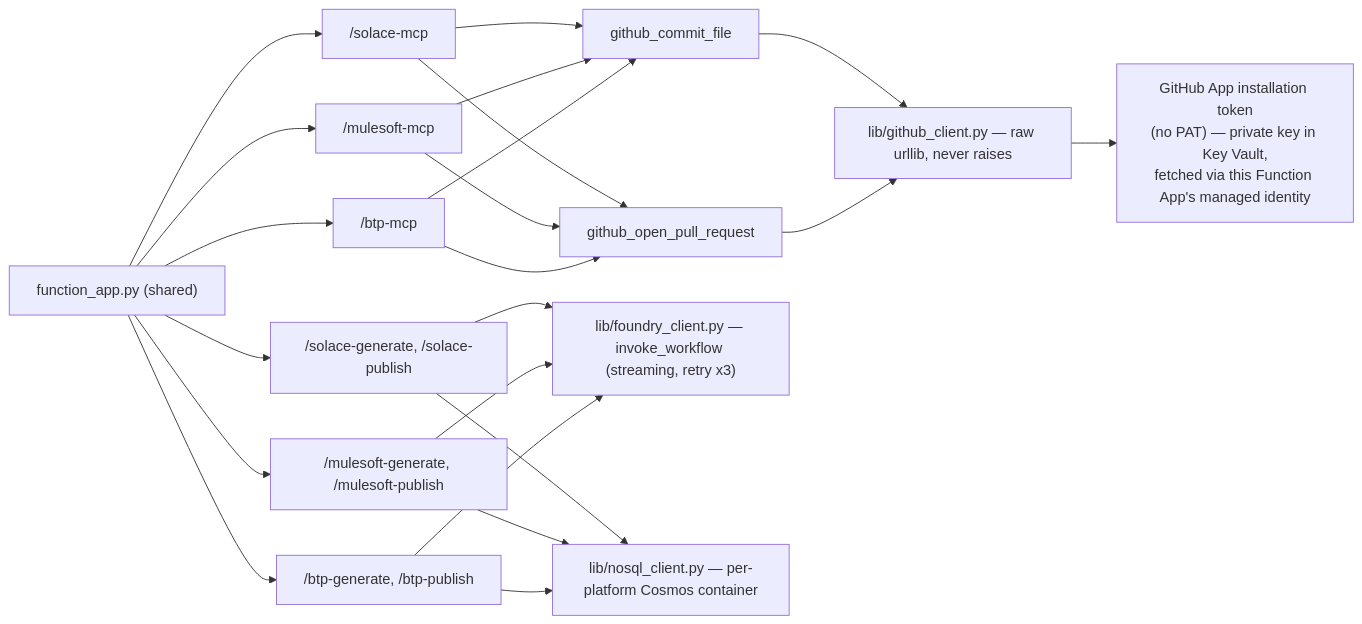
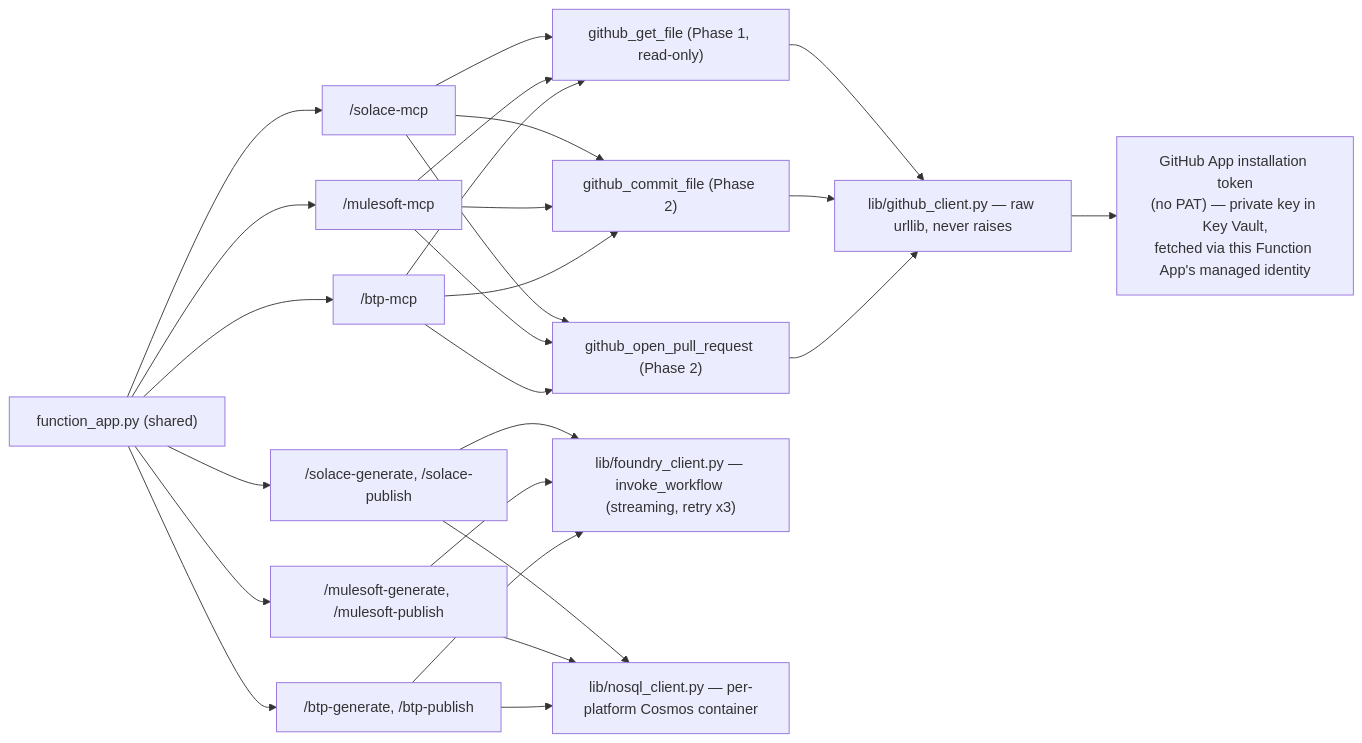
Before and after one commit to soubhik7/3pl-automation: the second of 2 diagrams in 3PL-Automation-AI-Foundry/diagrams/flow-overview.md, drawn with Mermaid. The commit also changed other lines of this file and 20 other files, not shown here.

````diff
--- a/3PL-Automation-AI-Foundry/diagrams/flow-overview.md
+++ b/3PL-Automation-AI-Foundry/diagrams/flow-overview.md
@@ -67,16 +79,17 @@
 ```mermaid
 flowchart LR
     MCP["function_app.py (shared)"]
     MCP --> R1["/solace-mcp"]
     MCP --> R2["/mulesoft-mcp"]
     MCP --> R3["/btp-mcp"]
     MCP --> R4["/solace-generate, /solace-publish"]
     MCP --> R5["/mulesoft-generate, /mulesoft-publish"]
     MCP --> R6["/btp-generate, /btp-publish"]
-    R1 & R2 & R3 --> T1["github_commit_file"]
-    R1 & R2 & R3 --> T2["github_open_pull_request"]
-    T1 & T2 --> GH["lib/github_client.py — raw urllib, never raises"]
+    R1 & R2 & R3 --> T0["github_get_file (Phase 1, read-only)"]
+    R1 & R2 & R3 --> T1["github_commit_file (Phase 2)"]
+    R1 & R2 & R3 --> T2["github_open_pull_request (Phase 2)"]
+    T0 & T1 & T2 --> GH["lib/github_client.py — raw urllib, never raises"]
     GH --> APP["GitHub App installation token<br/>(no PAT) — private key in Key Vault,<br/>fetched via this Function App's managed identity"]
     R4 & R5 & R6 --> CW["lib/foundry_client.py — invoke_workflow (streaming, retry x3)"]
     R4 & R5 & R6 --> COS["lib/nosql_client.py — per-platform Cosmos container"]
 ```
````
